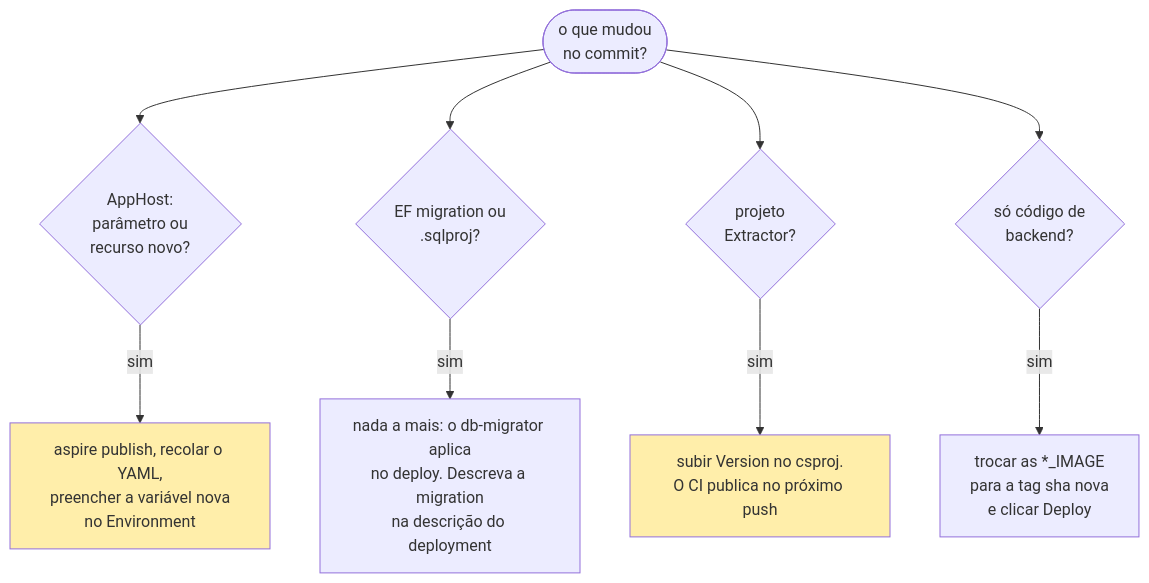
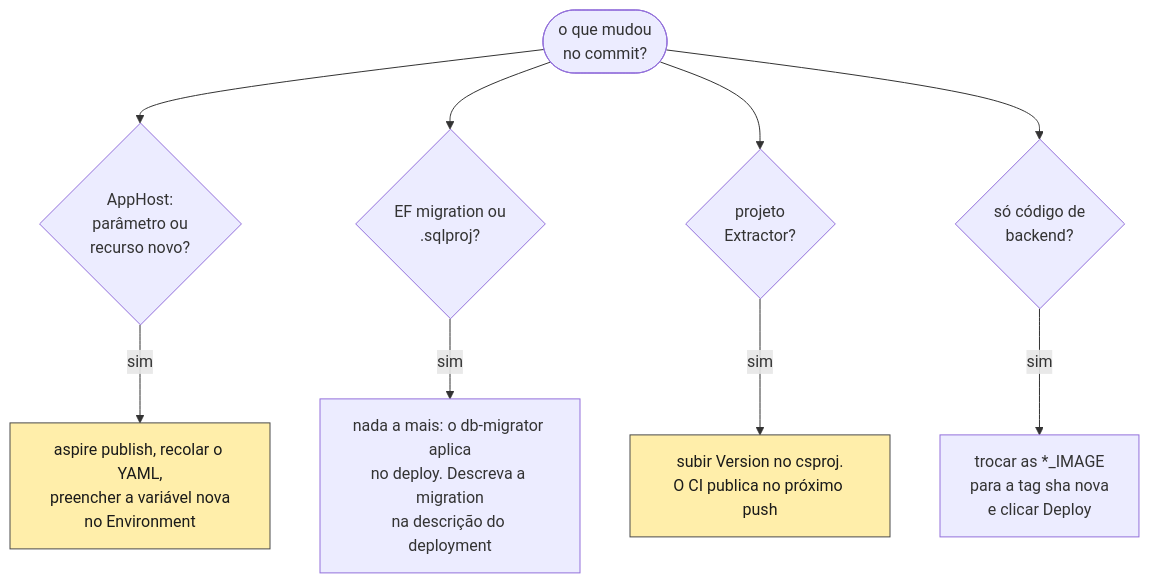
Before and after one commit to procfit/MLDemandForcastPOC: the ninth of 9 diagrams in Docs/fluxo-de-entrega.md, drawn with Mermaid. The commit also changed other lines of this file, not shown here.

First line of the commit message:
fix(docs): pin label color on the styled diagram nodes

````diff
--- a/Docs/fluxo-de-entrega.md
+++ b/Docs/fluxo-de-entrega.md
@@ -288,17 +288,17 @@
 ```mermaid
 flowchart TB
     START(["o que mudou<br/>no commit?"])
 
     START --> Q_APP{"AppHost:<br/>parâmetro ou<br/>recurso novo?"}
     START --> Q_MIG{"EF migration ou<br/>.sqlproj?"}
     START --> Q_EXT{"projeto<br/>Extractor?"}
     START --> Q_COD{"só código de<br/>backend?"}
 
     Q_APP -->|sim| A_APP["aspire publish, recolar o YAML,<br/>preencher a variável nova<br/>no Environment"]
     Q_MIG -->|sim| A_MIG["nada a mais: o db-migrator aplica<br/>no deploy. Descreva a migration<br/>na descrição do deployment"]
     Q_EXT -->|sim| A_EXT["subir Version no csproj.<br/>O CI publica no próximo push"]
     Q_COD -->|sim| A_COD["trocar as *_IMAGE<br/>para a tag sha nova<br/>e clicar Deploy"]
 
-    style A_APP fill:#fea
-    style A_EXT fill:#fea
+    style A_APP fill:#fea,stroke:#4a4a4a,color:#1a1a1a
+    style A_EXT fill:#fea,stroke:#4a4a4a,color:#1a1a1a
 ```
````
